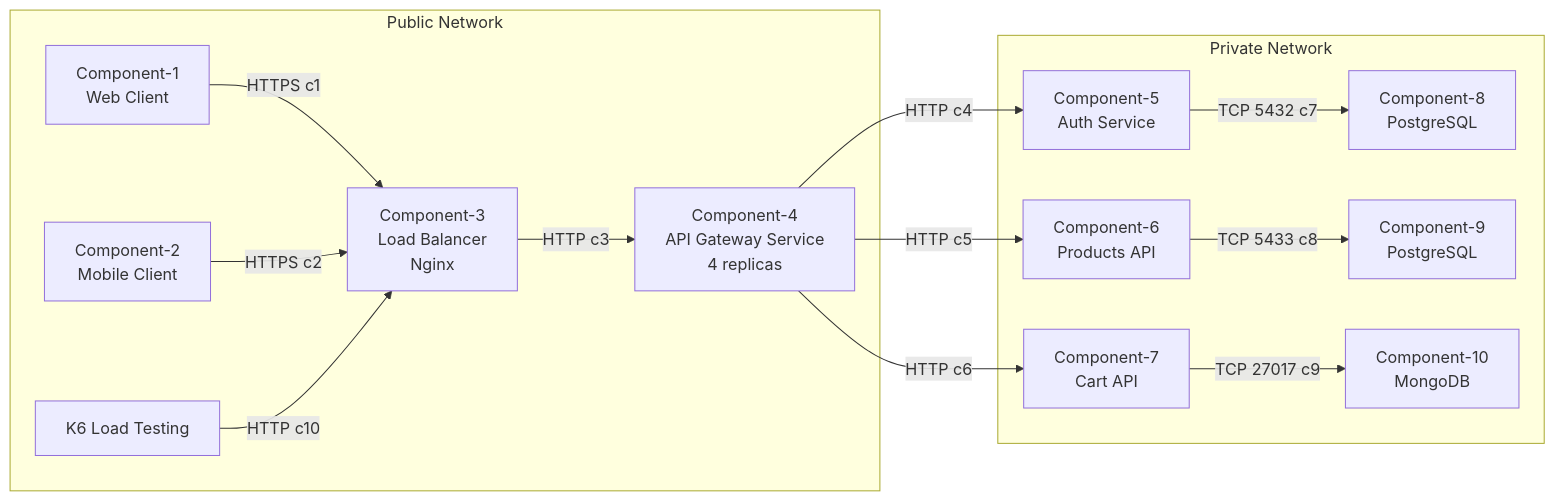
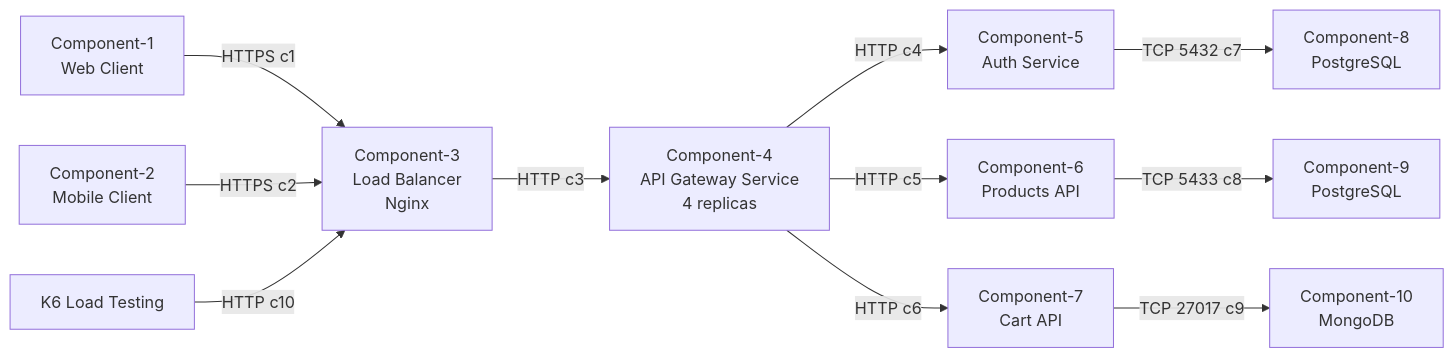
Before and after one commit to juanalytics/tussi: the first of 12 diagrams in README.md, drawn with Mermaid.

Commit message:
update network

````diff
--- a/README.md
+++ b/README.md
@@ -168,42 +168,25 @@
 ```mermaid
 graph LR
     WebClient[Component-1<br/>Web Client]
     MobileClient[Component-2<br/>Mobile Client]
     LoadBalancer[Component-3<br/>Load Balancer<br/>Nginx]
     APIGateway[Component-4<br/>API Gateway Service<br/>4 replicas]
     AuthService[Component-5<br/>Auth Service]
     ProductsAPI[Component-6<br/>Products API]
     CartAPI[Component-7<br/>Cart API]
     AuthDB[Component-8<br/>PostgreSQL]
     ProductsDB[Component-9<br/>PostgreSQL]
     CartDB[Component-10<br/>MongoDB]
     K6[K6 Load Testing]
 
     WebClient -- "HTTPS c1" --> LoadBalancer
     MobileClient -- "HTTPS c2" --> LoadBalancer
     K6 -- "HTTP c10" --> LoadBalancer
     LoadBalancer -- "HTTP c3" --> APIGateway
     APIGateway -- "HTTP c4" --> AuthService
     APIGateway -- "HTTP c5" --> ProductsAPI
     APIGateway -- "HTTP c6" --> CartAPI
     AuthService -- "TCP 5432 c7" --> AuthDB
     ProductsAPI -- "TCP 5433 c8" --> ProductsDB
     CartAPI -- "TCP 27017 c9" --> CartDB
-
-    subgraph "Public Network"
-        WebClient
-        MobileClient
-        LoadBalancer
-        APIGateway
-        K6
-    end
-
-    subgraph "Private Network"
-        AuthService
-        ProductsAPI
-        CartAPI
-        AuthDB
-        ProductsDB
-        CartDB
-    end
 ```
````
